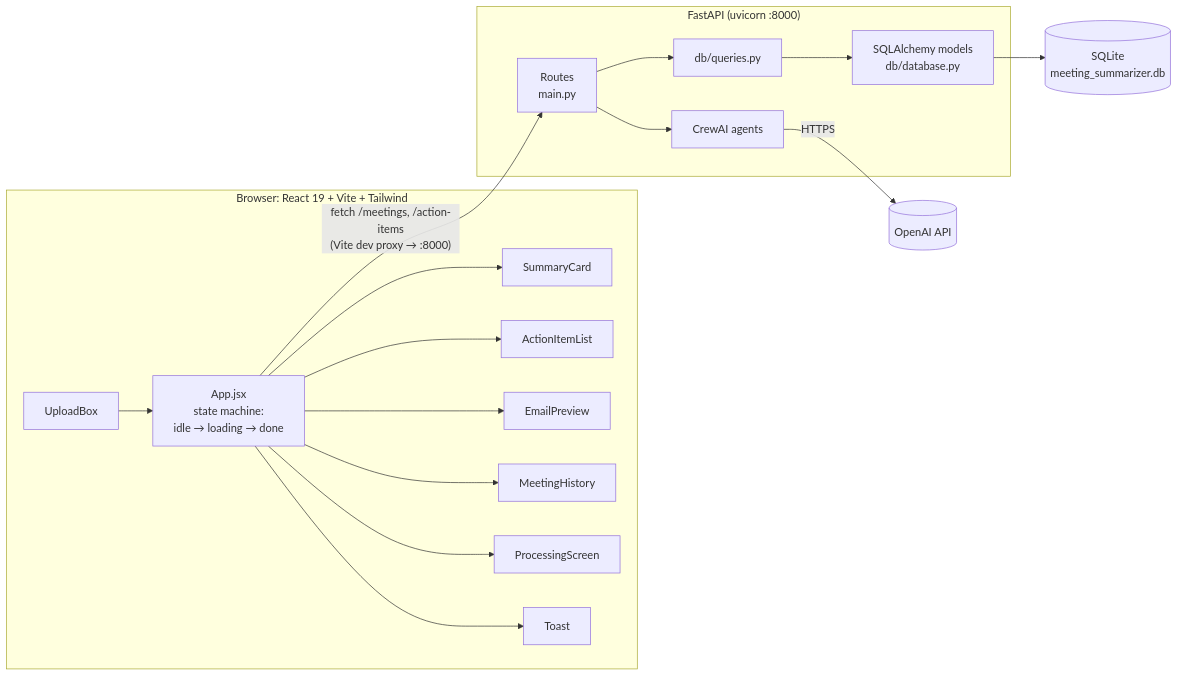
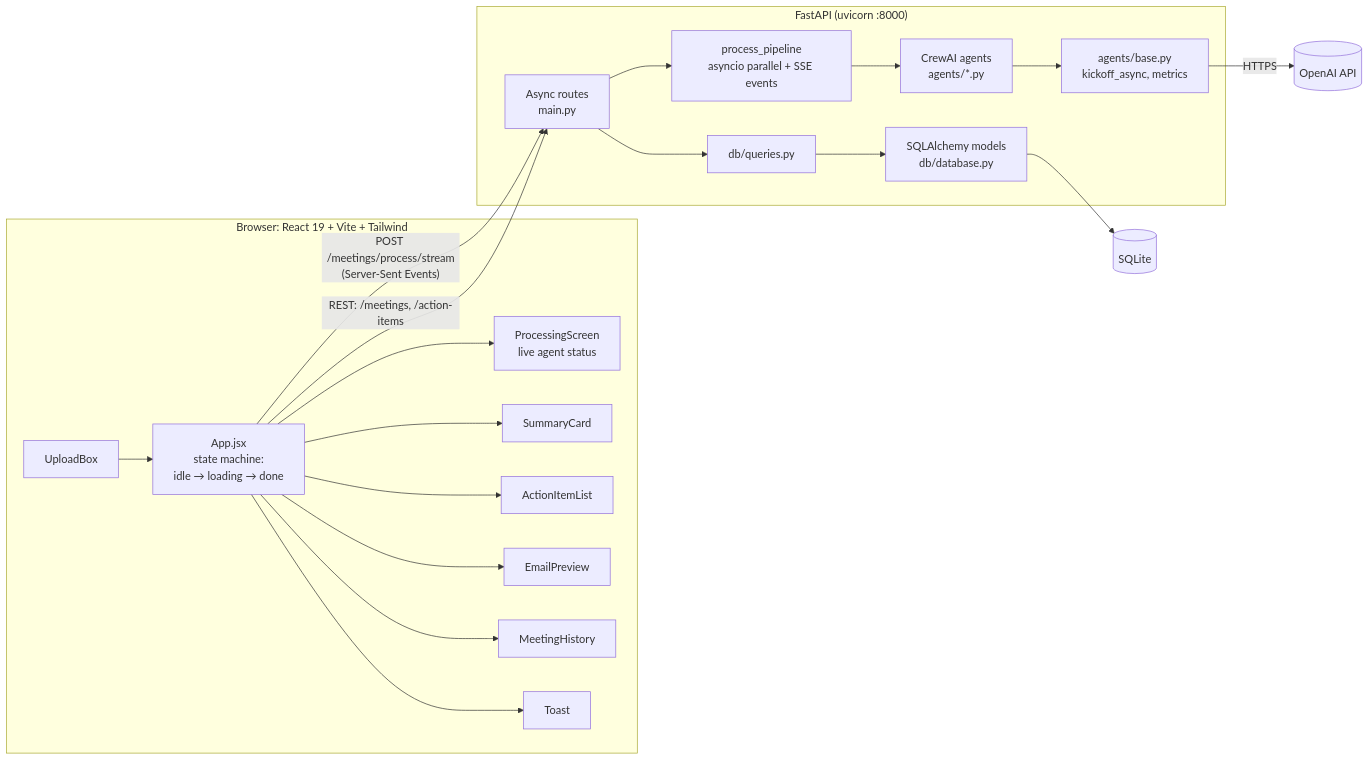
One commit to Ruturaj2472/Meeting-Summarizer changed the second of 2 diagrams in README.md. Above: the diagram before and after it, drawn with Mermaid. The commit also changed other lines of this file and 21 other files, not shown here.

First line of the commit message:
Run agents in parallel with structured outputs, live progress and evaluation

````diff
--- a/README.md
+++ b/README.md
@@ -187,23 +232,26 @@
 ```mermaid
 flowchart LR
     subgraph Client["Browser: React 19 + Vite + Tailwind"]
         UB[UploadBox] --> APP[App.jsx<br/>state machine:<br/>idle → loading → done]
+        APP --> PS[ProcessingScreen<br/>live agent status]
         APP --> SC[SummaryCard]
         APP --> AIL[ActionItemList]
         APP --> EP[EmailPreview]
         APP --> MH[MeetingHistory]
-        APP --> PS[ProcessingScreen]
         APP --> T[Toast]
     end
 
     subgraph Server["FastAPI (uvicorn :8000)"]
-        R[Routes<br/>main.py] --> AG[CrewAI agents]
+        R[Async routes<br/>main.py] --> PL[process_pipeline<br/>asyncio parallel + SSE events]
+        PL --> AG[CrewAI agents<br/>agents/*.py]
+        AG --> BASE[agents/base.py<br/>kickoff_async, metrics]
         R --> Q[db/queries.py]
         Q --> ORM[SQLAlchemy models<br/>db/database.py]
     end
 
-    AG -->|HTTPS| OAI[(OpenAI API)]
-    ORM --> SQL[(SQLite<br/>meeting_summarizer.db)]
+    BASE -->|HTTPS| OAI[(OpenAI API)]
+    ORM --> SQL[(SQLite)]
 
-    APP -- "fetch /meetings, /action-items<br/>(Vite dev proxy → :8000)" --> R
+    APP -- "POST /meetings/process/stream<br/>(Server-Sent Events)" --> R
+    APP -- "REST: /meetings, /action-items" --> R
 ```
````
